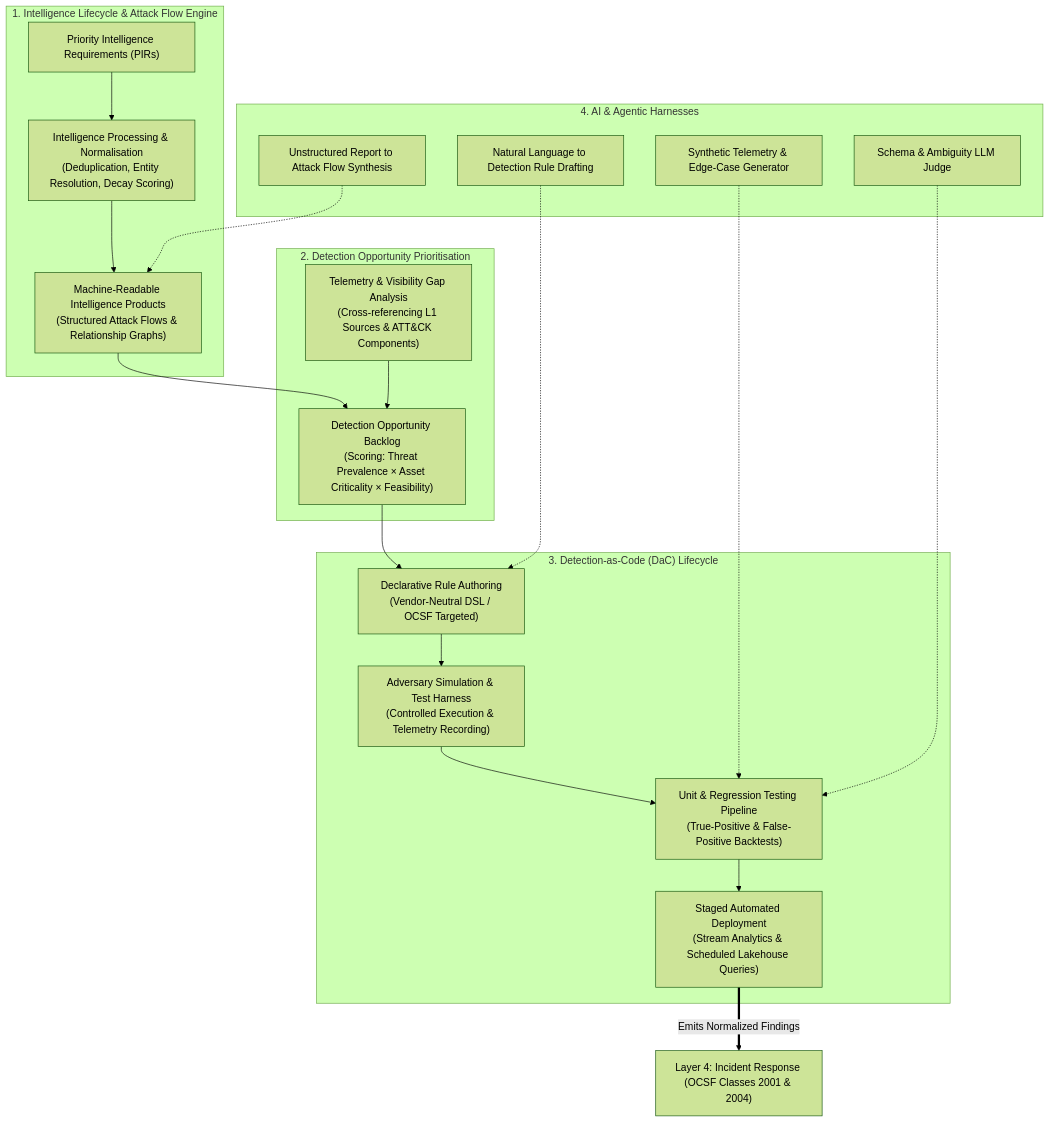
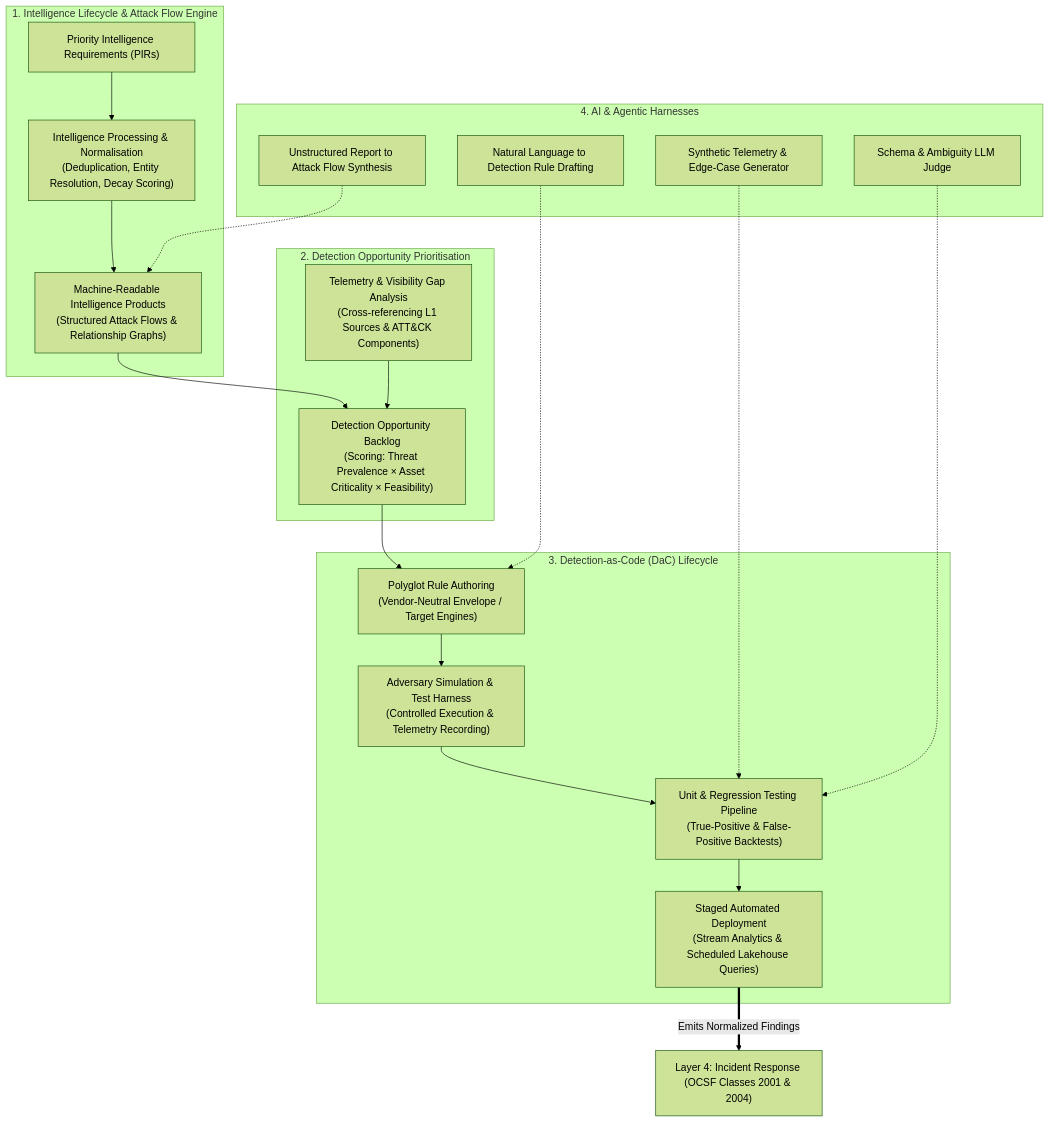
The first of 7 diagrams in docs/architecture/06-layer-3-threat-intel-detection.md (Haribu/TIDIR), drawn with Mermaid (forest theme) before and after one commit. The commit also changed other lines of this file and 9 other files, not shown here.

Commit message:
feat(detection): adopt polyglot detection-as-code and target-optimized engine adaptation (ADR-0019)

````diff
--- a/docs/architecture/06-layer-3-threat-intel-detection.md
+++ b/docs/architecture/06-layer-3-threat-intel-detection.md
@@ -9,42 +9,42 @@
 ```mermaid
 flowchart TB
   subgraph L3_Intel ["1. Intelligence Lifecycle & Attack Flow Engine"]
     PIR["Priority Intelligence Requirements (PIRs)"]
     INTEL_PROC["Intelligence Processing & Normalisation\n(Deduplication, Entity Resolution, Decay Scoring)"]
     MRIP["Machine-Readable Intelligence Products\n(Structured Attack Flows & Relationship Graphs)"]
     PIR --> INTEL_PROC --> MRIP
   end
 
   subgraph L3_Prioritization ["2. Detection Opportunity Prioritisation"]
     OPP_ENGINE["Detection Opportunity Backlog\n(Scoring: Threat Prevalence × Asset Criticality × Feasibility)"]
     GAP_ANALYSIS["Telemetry & Visibility Gap Analysis\n(Cross-referencing L1 Sources & ATT&CK Components)"]
     MRIP --> OPP_ENGINE
     GAP_ANALYSIS --> OPP_ENGINE
   end
 
   subgraph L3_DaC ["3. Detection-as-Code (DaC) Lifecycle"]
-    DEV["Declarative Rule Authoring\n(Vendor-Neutral DSL / OCSF Targeted)"]
+    DEV["Polyglot Rule Authoring\n(Vendor-Neutral Envelope / Target Engines)"]
     SIM["Adversary Simulation & Test Harness\n(Controlled Execution & Telemetry Recording)"]
     TEST["Unit & Regression Testing Pipeline\n(True-Positive & False-Positive Backtests)"]
     DEPLOY["Staged Automated Deployment\n(Stream Analytics & Scheduled Lakehouse Queries)"]
 
     OPP_ENGINE --> DEV
     DEV --> SIM
     SIM --> TEST
     TEST --> DEPLOY
   end
 
   subgraph L3_AI ["4. AI & Agentic Harnesses"]
     AI_INTEL["Unstructured Report to Attack Flow Synthesis"]
     AI_DAC["Natural Language to Detection Rule Drafting"]
     AI_SYNTH["Synthetic Telemetry & Edge-Case Generator"]
     AI_JUDGE["Schema & Ambiguity LLM Judge"]
   end
 
   AI_INTEL -.-> MRIP
   AI_DAC -.-> DEV
   AI_SYNTH -.-> TEST
   AI_JUDGE -.-> TEST
 
   DEPLOY ==>|Emits Normalized Findings| L4["Layer 4: Incident Response (OCSF Classes 2001 & 2004)"]
 ```
````
